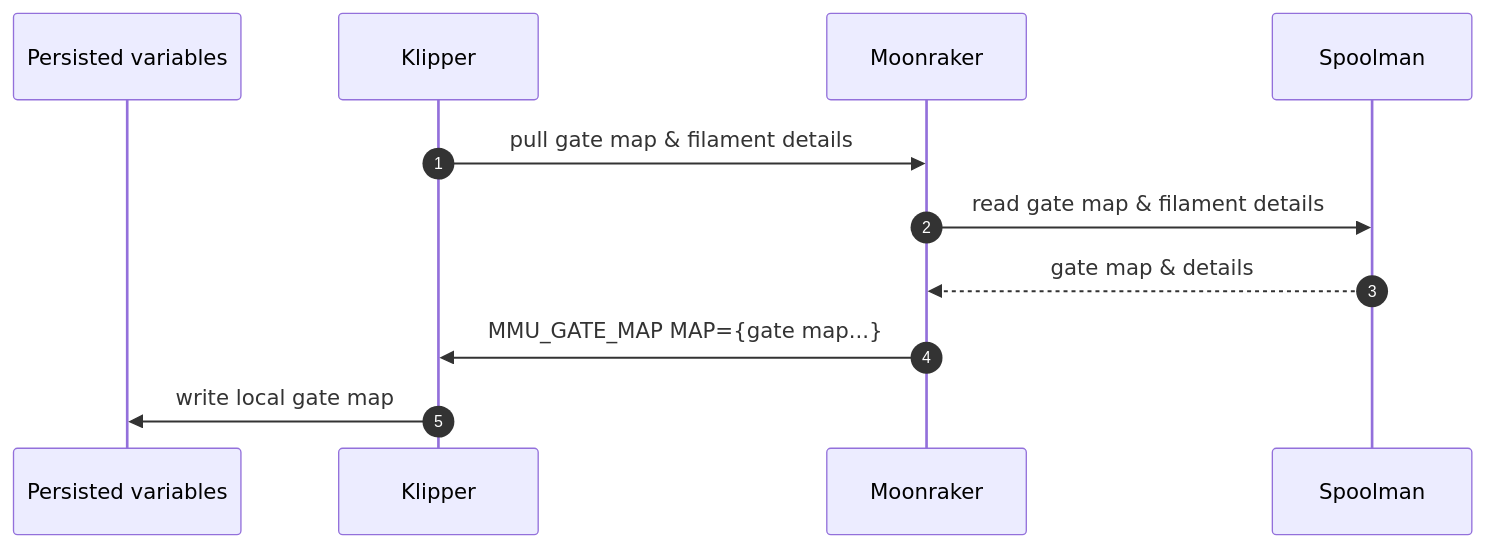
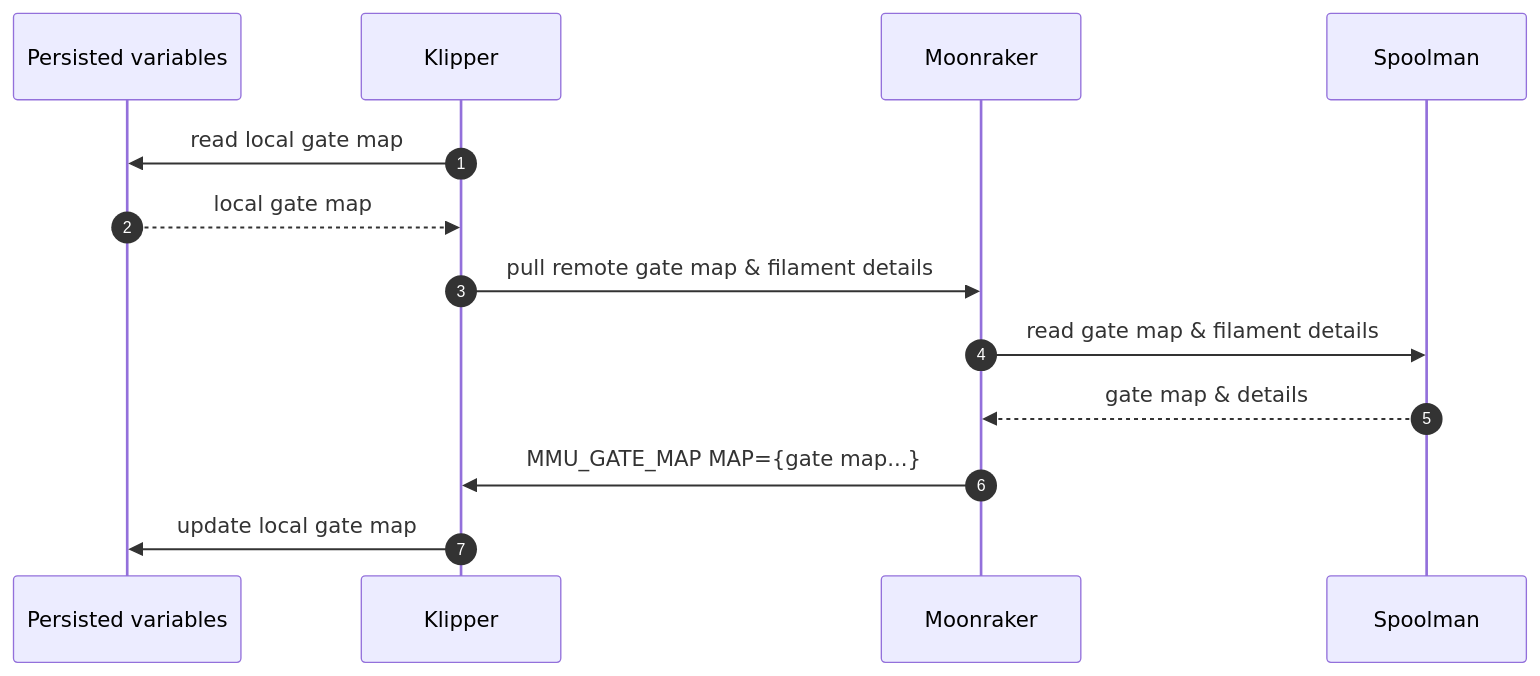
Before and after one commit to 3DCoded/Happy-Hare: the fifth of 6 diagrams in Spoolman-Support.md, drawn with Mermaid. The commit also changed other lines of this file, not shown here.

````diff
--- a/Spoolman-Support.md
+++ b/Spoolman-Support.md
@@ -155,14 +177,16 @@
 ```mermaid
 sequenceDiagram
     autonumber
     participant L as Persisted variables
     participant K as Klipper
     participant M as Moonraker
     participant S as Spoolman
 
-    K->>M: pull gate map & filament details
+    K->>L: read local gate map
+    L-->>K: local gate map
+    K->>M: pull remote gate map & filament details
     M->>S: read gate map & filament details
     S-->>M: gate map & details
     M->>K: MMU_GATE_MAP MAP={gate map...}
-    K->>L: write local gate map
+    K->>L: update local gate map
 ```
````
